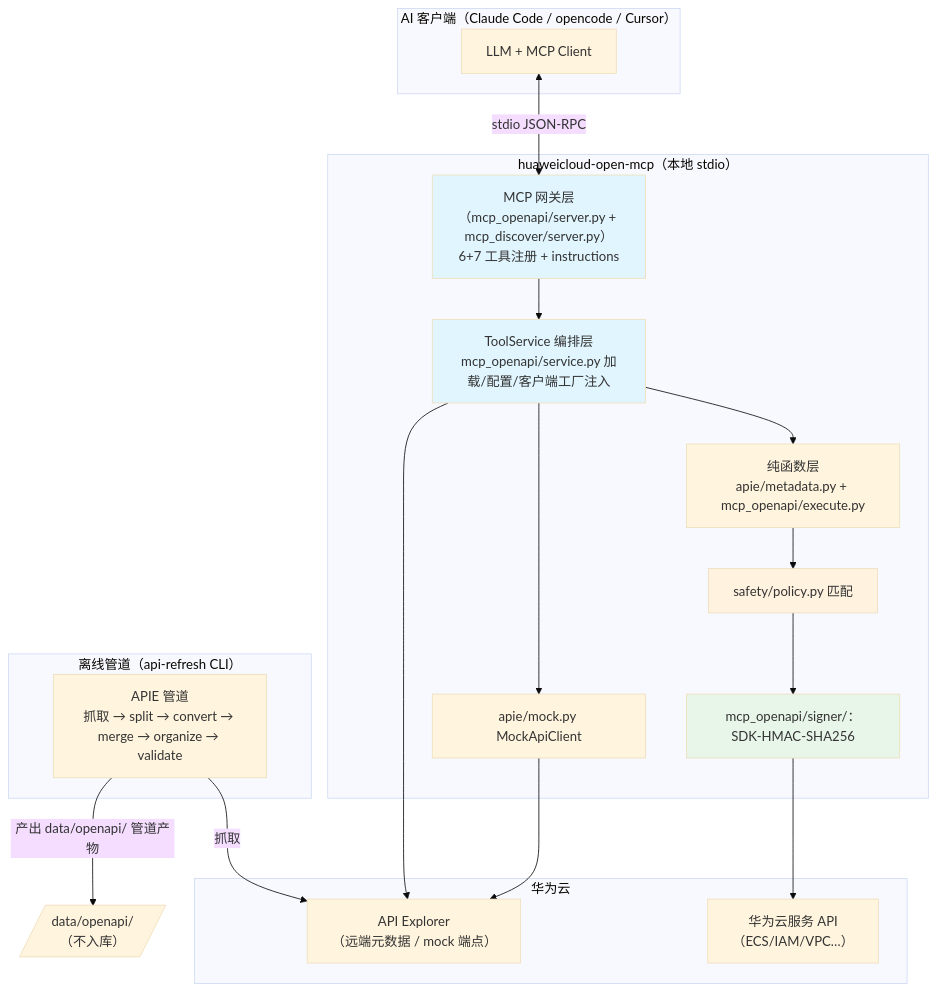
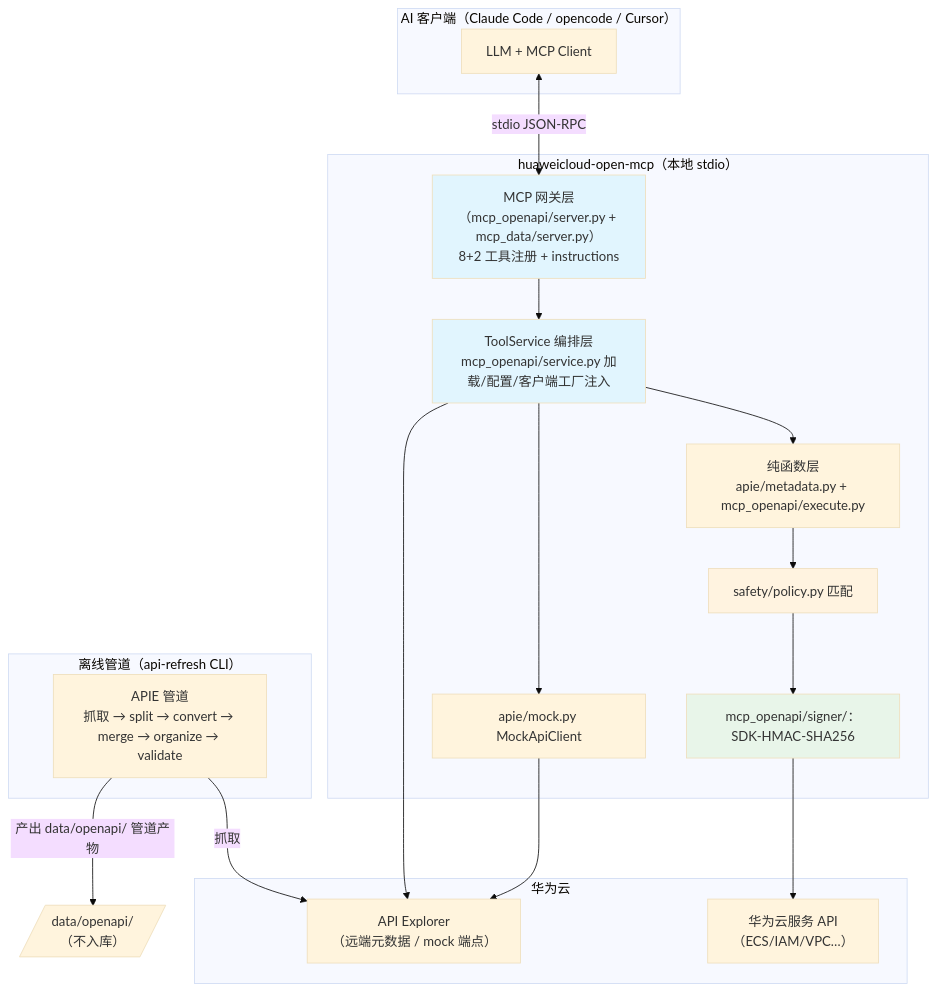
Before and after one commit to huaweicloud-mate/huaweicloud-open-mcp: the first of 3 diagrams in docs/architecture.md, drawn with Mermaid (base theme). The commit also changed other lines of this file and 8 other files, not shown here.

````diff
--- a/docs/architecture.md
+++ b/docs/architecture.md
@@ -16,37 +16,37 @@
 ```mermaid
 flowchart TB
     subgraph Client["AI 客户端（Claude Code / opencode / Cursor）"]
         LLM["LLM + MCP Client"]
     end
 
     subgraph Server["huaweicloud-open-mcp（本地 stdio）"]
-        GW["MCP 网关层（mcp_openapi/server.py + mcp_discover/server.py）<br/>6+7 工具注册 + instructions"]
+        GW["MCP 网关层（mcp_openapi/server.py + mcp_data/server.py）<br/>8+2 工具注册 + instructions"]
         SV["ToolService 编排层<br/>mcp_openapi/service.py 加载/配置/客户端工厂注入"]
         MT["纯函数层<br/>apie/metadata.py + mcp_openapi/execute.py"]
         SF["safety/policy.py 匹配"]
         SG["mcp_openapi/signer/：SDK-HMAC-SHA256"]
         MC["apie/mock.py MockApiClient"]
     end
 
     subgraph Offline["离线管道（api-refresh CLI）"]
         AP["APIE 管道<br/>抓取 → split → convert → merge → organize → validate"]
     end
 
     subgraph Cloud["华为云"]
         AE["API Explorer<br/>（远端元数据 / mock 端点）"]
         HC["华为云服务 API<br/>（ECS/IAM/VPC…）"]
     end
 
     LLM <-->|stdio JSON-RPC| GW
     GW --> SV --> MT
     MT --> SF --> SG --> HC
     SV --> MC --> AE
     SV --> AE
     AP -->|抓取| AE
     AP -->|产出 data/openapi/ 管道产物| D[/"data/openapi/<br/>（不入库）"/]
 
     style GW fill:#e1f5fe
     style SV fill:#e1f5fe
     style SF fill:#fff3e0
     style SG fill:#e8f5e9
 ```
````
